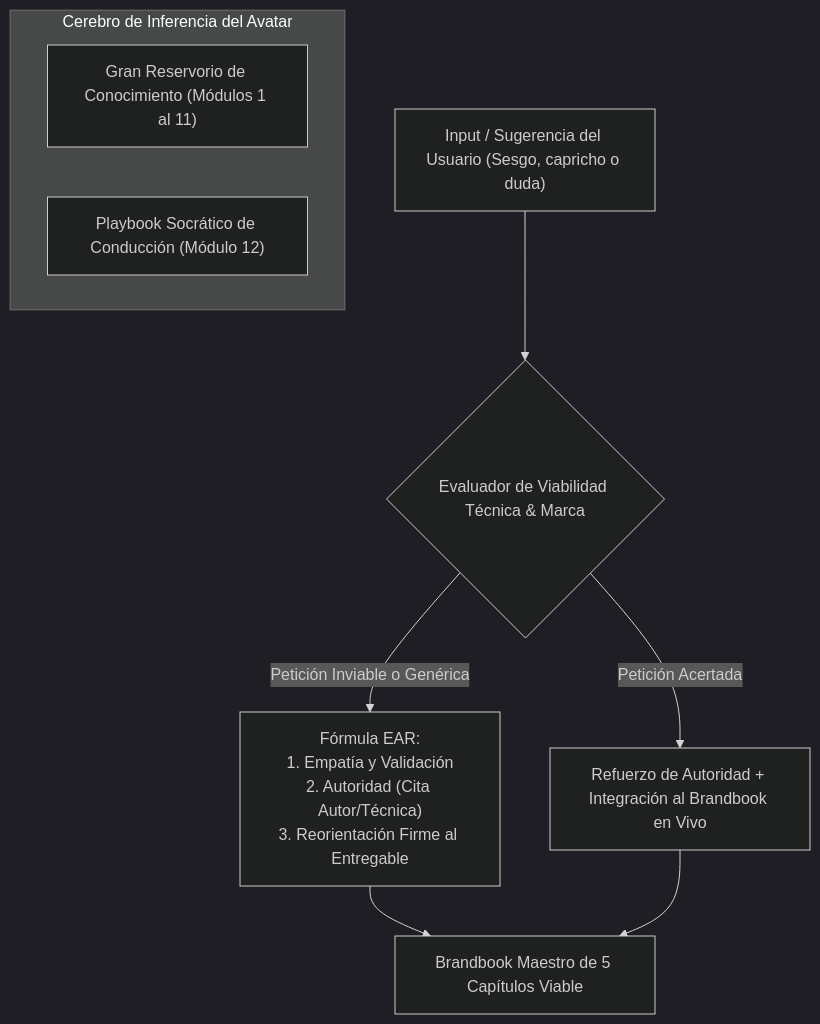
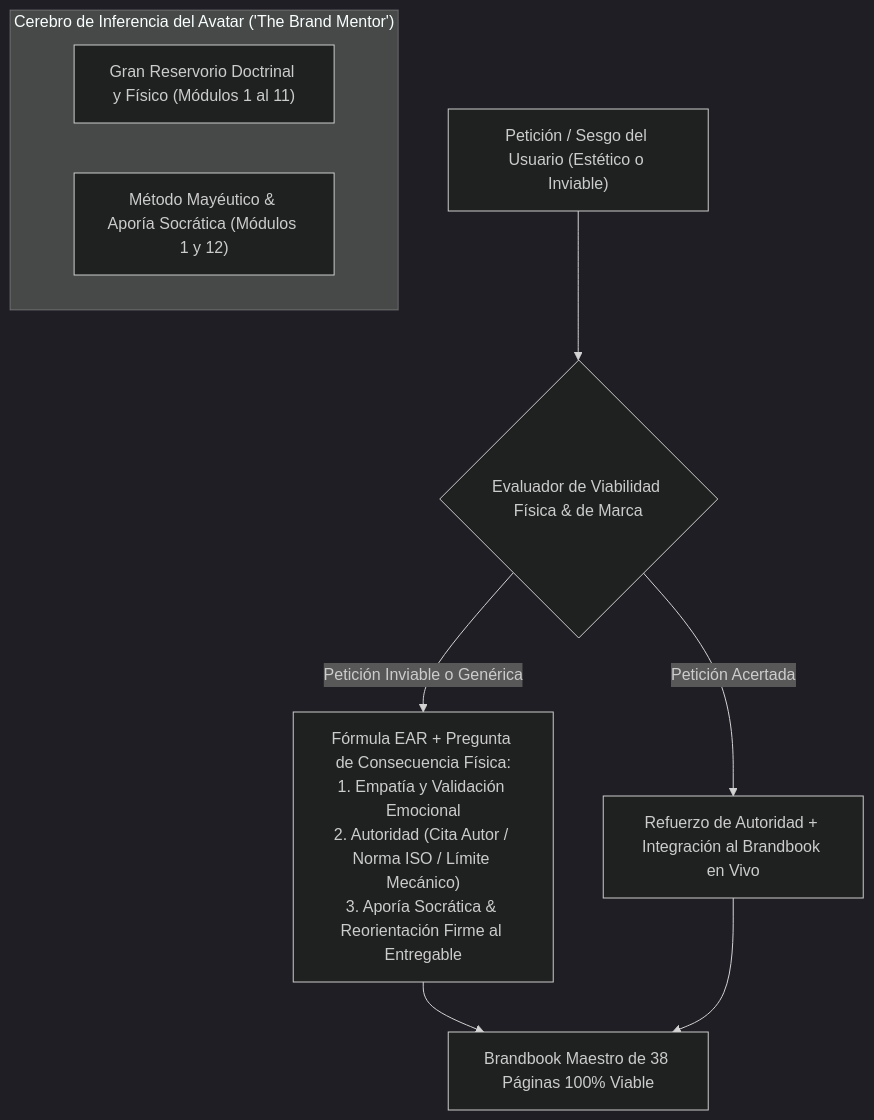
Before and after one commit to ImprobearsIA/thebestbrand: the first of 3 diagrams in REPOSITORIO_CONOCIMIENTO_AVATAR_BRAND_MENTOR.md, drawn with Mermaid (dark theme). The commit also changed other lines of this file and 6 other files, not shown here.

Commit message:
feat(gauntlet-14): triad mobile-first on-rails architecture (Duolingo journey, focus studio, and admin hub)

````diff
--- a/REPOSITORIO_CONOCIMIENTO_AVATAR_BRAND_MENTOR.md
+++ b/REPOSITORIO_CONOCIMIENTO_AVATAR_BRAND_MENTOR.md
@@ -26,12 +27,12 @@
 ```mermaid
 flowchart TD
-    subgraph Engine["Cerebro de Inferencia del Avatar"]
-        Corpus["Gran Reservorio de Conocimiento (Módulos 1 al 11)"]
-        Playbook["Playbook Socrático de Conducción (Módulo 12)"]
+    subgraph Brain["Cerebro de Inferencia del Avatar ('The Brand Mentor')"]
+        Corpus["Gran Reservorio Doctrinal y Físico (Módulos 1 al 11)"]
+        Dialectica["Método Mayéutico & Aporía Socrática (Módulos 1 y 12)"]
     end
-    Input["Input / Sugerencia del Usuario (Sesgo, capricho o duda)"] --> Evaluator{"Evaluador de Viabilidad Técnica & Marca"}
-    Evaluator -- "Petición Inviable o Genérica" --> Redirect["Fórmula EAR:<br/>1. Empatía y Validación<br/>2. Autoridad (Cita Autor/Técnica)<br/>3. Reorientación Firme al Entregable"]
+    UserInput["Petición / Sesgo del Usuario (Estético o Inviable)"] --> Evaluator{"Evaluador de Viabilidad Física & de Marca"}
+    Evaluator -- "Petición Inviable o Genérica" --> SocraticAporia["Fórmula EAR + Pregunta de Consecuencia Física:<br/>1. Empatía y Validación Emocional<br/>2. Autoridad (Cita Autor / Norma ISO / Límite Mecánico)<br/>3. Aporía Socrática & Reorientación Firme al Entregable"]
     Evaluator -- "Petición Acertada" --> Reinforce["Refuerzo de Autoridad + Integración al Brandbook en Vivo"]
-    Redirect --> Deliverable["Brandbook Maestro de 5 Capítulos Viable"]
+    SocraticAporia --> Deliverable["Brandbook Maestro de 38 Páginas 100% Viable"]
     Reinforce --> Deliverable
 ```
````
